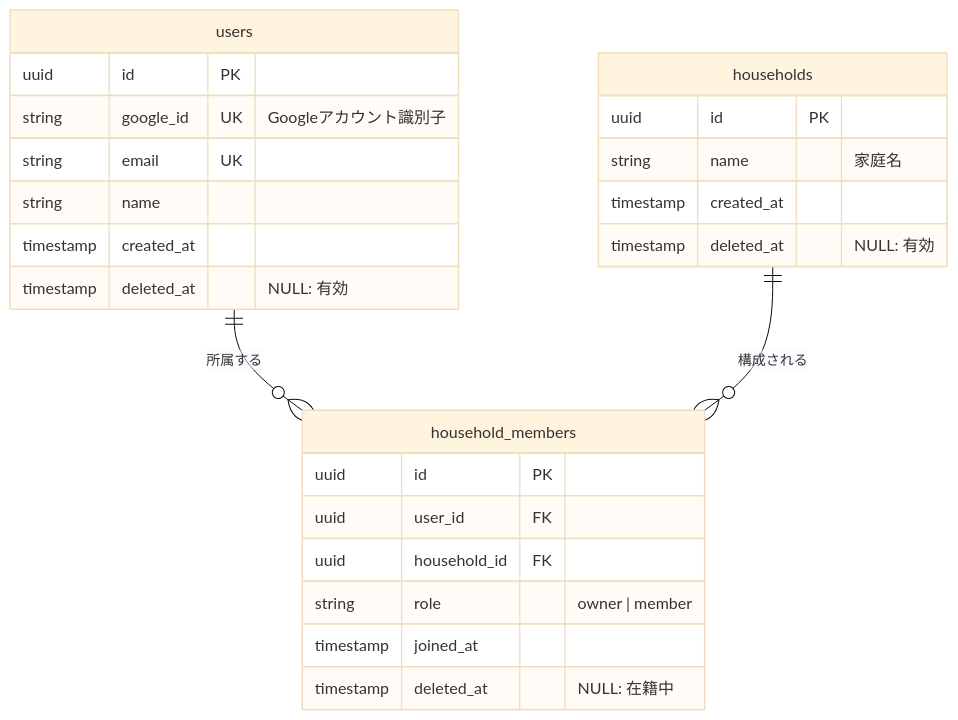
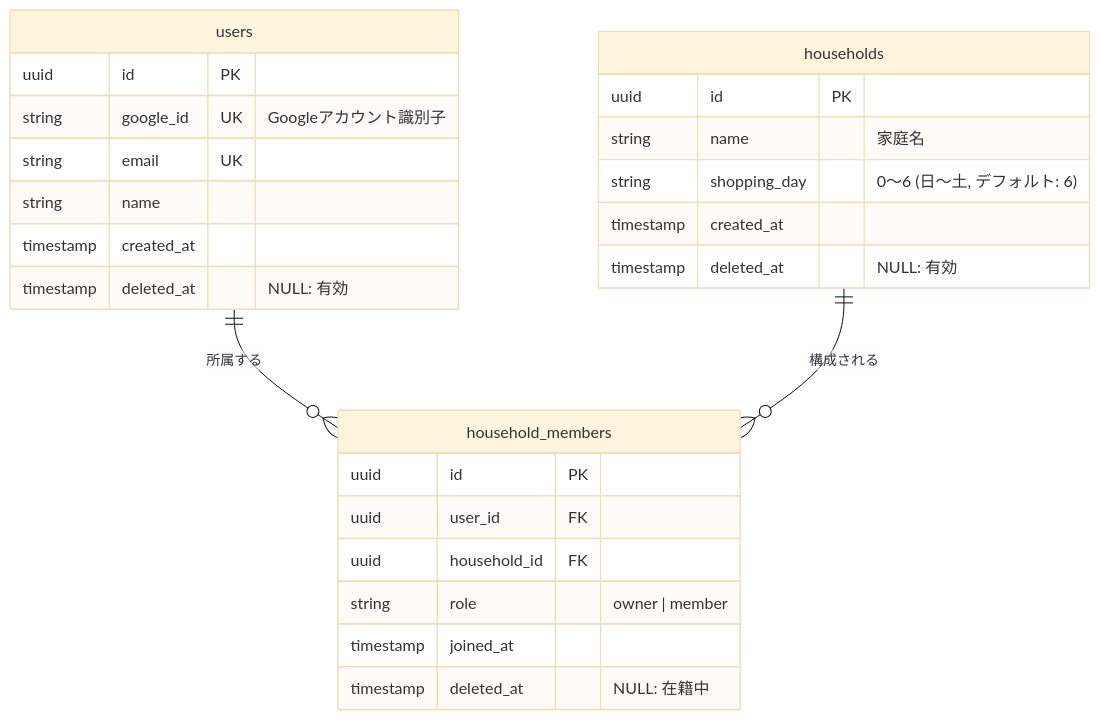
The first of 5 diagrams in docs/DB_SCHEMA.md (SR-56/food_managemant), drawn with Mermaid (base theme) before and after one commit. The commit also changed other lines of this file, not shown here.

````diff
--- a/docs/DB_SCHEMA.md
+++ b/docs/DB_SCHEMA.md
@@ -5,30 +5,31 @@
 ```mermaid
 erDiagram
   users {
     uuid id PK
     string google_id UK "Googleアカウント識別子"
     string email UK
     string name
     timestamp created_at
     timestamp deleted_at "NULL: 有効"
   }
 
   households {
     uuid id PK
     string name "家庭名"
+    string shopping_day "0〜6 (日〜土, デフォルト: 6)"
     timestamp created_at
     timestamp deleted_at "NULL: 有効"
   }
 
   household_members {
     uuid id PK
     uuid user_id FK
     uuid household_id FK
     string role "owner | member"
     timestamp joined_at
     timestamp deleted_at "NULL: 在籍中"
   }
 
   users ||--o{ household_members : "所属する"
   households ||--o{ household_members : "構成される"
 ```
````
